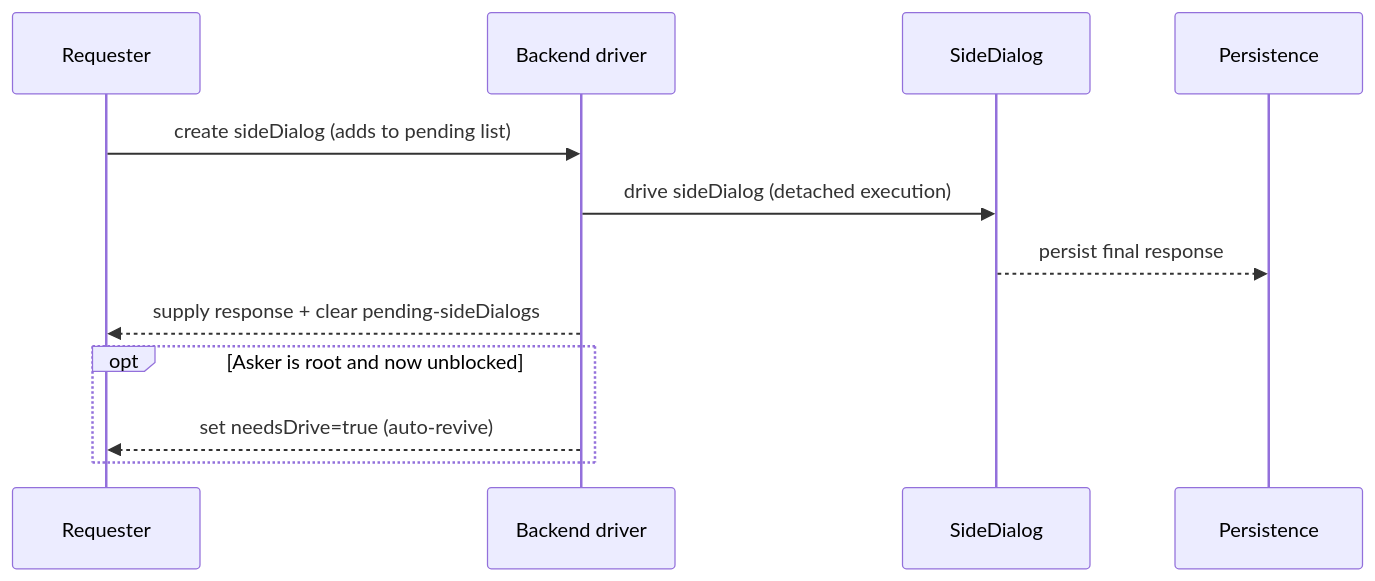
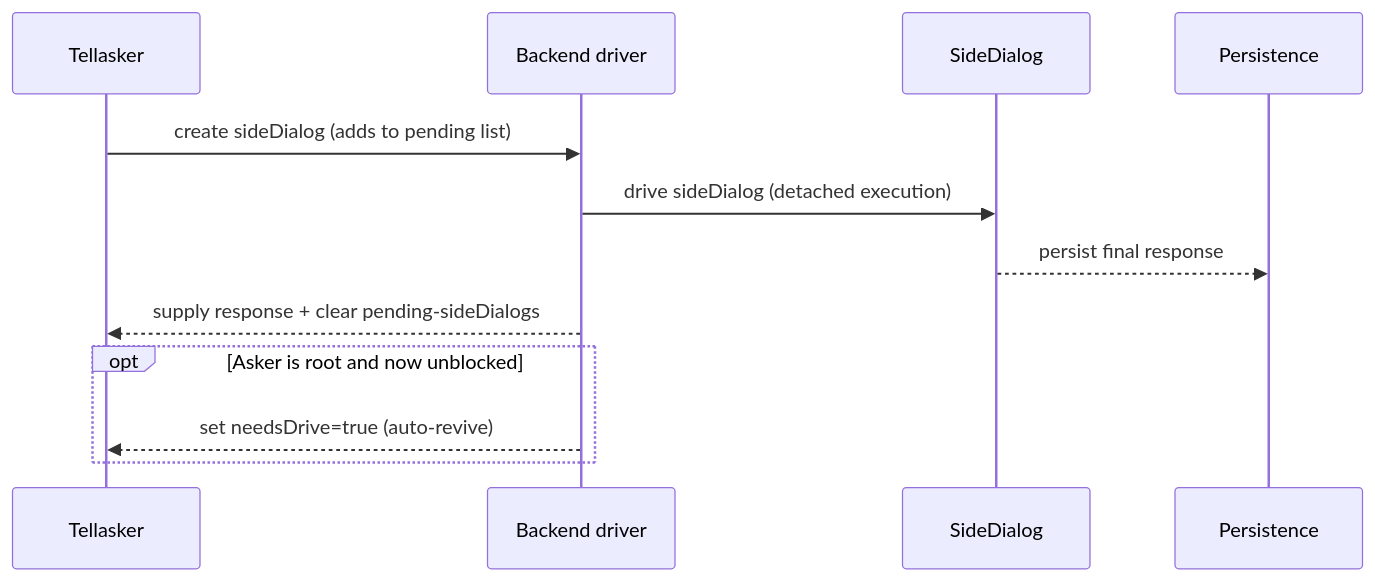
The seventh of 18 diagrams in docs/dialog-system.md (longrun-ai/dominds), drawn with Mermaid before and after one commit. The commit also changed other lines of this file and 66 other files, not shown here.

````diff
--- a/docs/dialog-system.md
+++ b/docs/dialog-system.md
@@ -718,15 +718,15 @@
 ```mermaid
 sequenceDiagram
-  participant Asker as Requester
+  participant Asker as Tellasker
   participant Driver as Backend driver
   participant Side as SideDialog
   participant Store as Persistence
 
   Asker->>Driver: create sideDialog (adds to pending list)
   Driver->>Side: drive sideDialog (detached execution)
   Side-->>Store: persist final response
   Driver-->>Asker: supply response + clear pending-sideDialogs
   opt Asker is root and now unblocked
     Driver-->>Asker: set needsDrive=true (auto-revive)
   end
 ```
````
